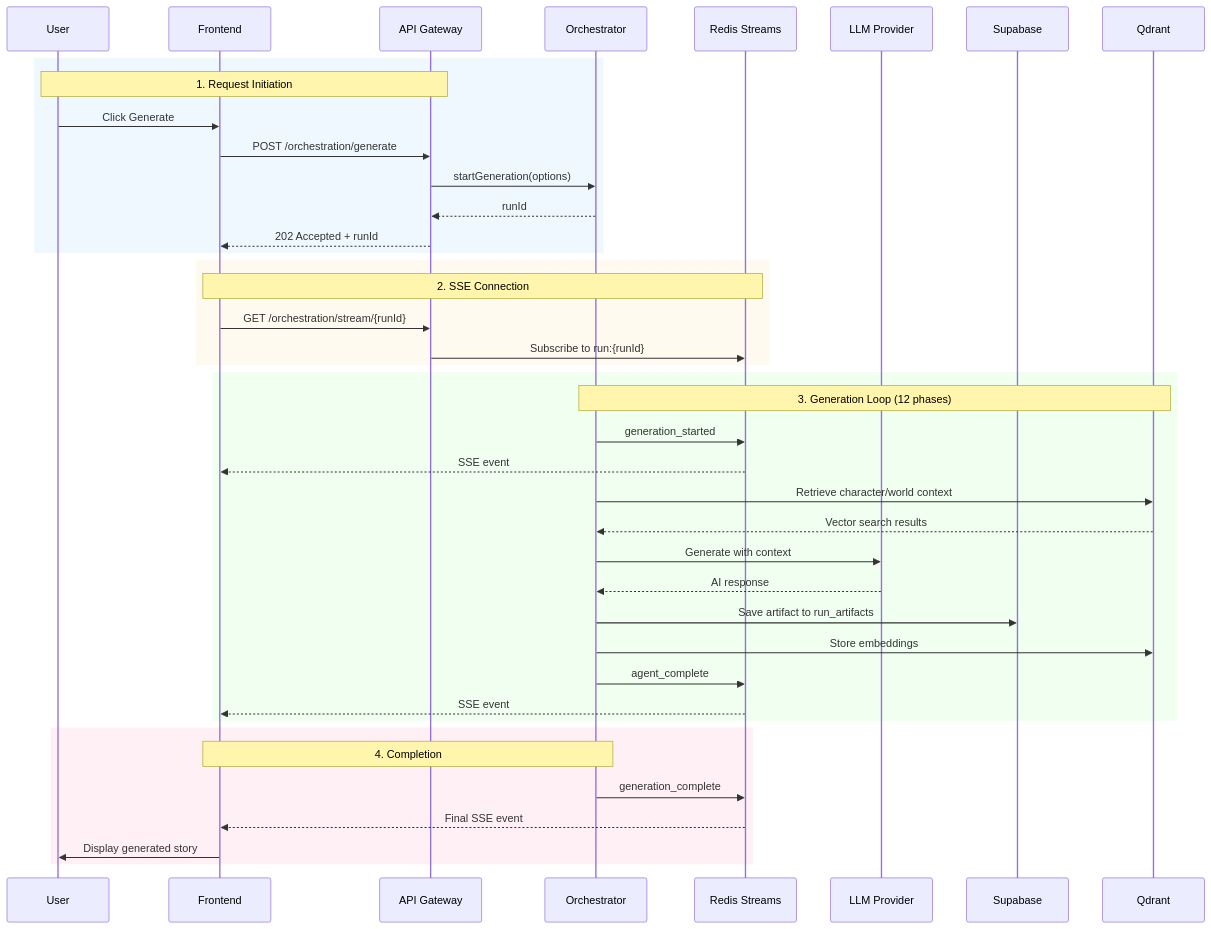
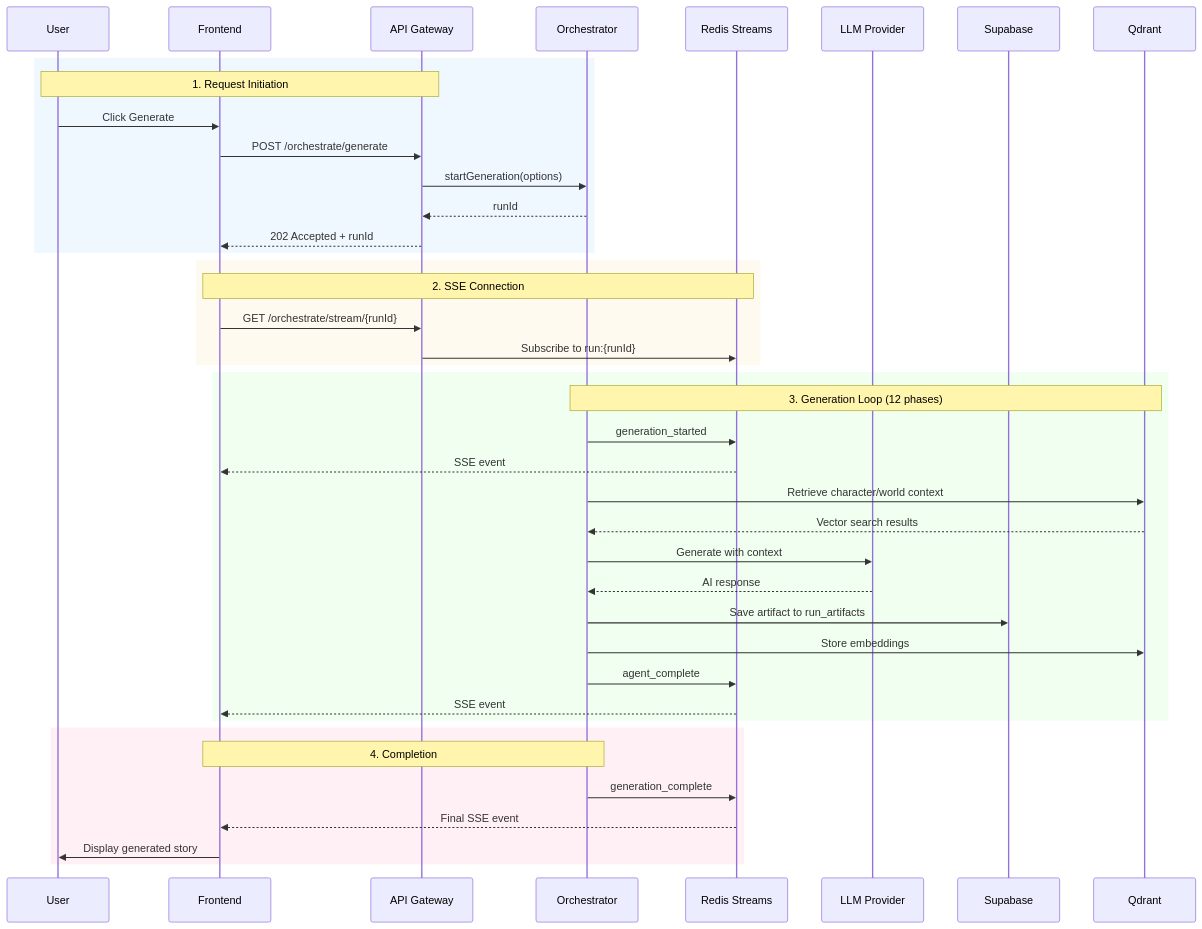
One commit to IShalkin/manoe changed the second of 9 diagrams in README.md. Above: the diagram before and after it, drawn with Mermaid. The commit also changed other lines of this file, not shown here.

Commit message:
docs: fix additional issues from PR review
- Remove outdated 'Orchestrator API' URL from Live Demo section (integrated into api-gateway)
- Fix typos in mermaid diagram: /orchestration -> /orchestrate
- Update Quick Start comment: port 8001 -> 3000 for api-gateway

Addresses Greptile review comments

````diff
--- a/README.md
+++ b/README.md
@@ -84,47 +83,47 @@
 ```mermaid
 sequenceDiagram
     participant U as User
     participant FE as Frontend
     participant GW as API Gateway
     participant O as Orchestrator
     participant R as Redis Streams
     participant L as LLM Provider
     participant S as Supabase
     participant Q as Qdrant
 
     rect rgb(240, 248, 255)
         Note over U,GW: 1. Request Initiation
         U->>FE: Click Generate
-        FE->>GW: POST /orchestration/generate
+        FE->>GW: POST /orchestrate/generate
         GW->>O: startGeneration(options)
         O-->>GW: runId
         GW-->>FE: 202 Accepted + runId
     end
 
     rect rgb(255, 250, 240)
         Note over FE,R: 2. SSE Connection
-        FE->>GW: GET /orchestration/stream/{runId}
+        FE->>GW: GET /orchestrate/stream/{runId}
         GW->>R: Subscribe to run:{runId}
     end
 
     rect rgb(240, 255, 240)
         Note over O,Q: 3. Generation Loop (12 phases)
         O->>R: generation_started
         R-->>FE: SSE event
         O->>Q: Retrieve character/world context
         Q-->>O: Vector search results
         O->>L: Generate with context
         L-->>O: AI response
         O->>S: Save artifact to run_artifacts
         O->>Q: Store embeddings
         O->>R: agent_complete
         R-->>FE: SSE event
     end
 
     rect rgb(255, 240, 245)
         Note over O,FE: 4. Completion
         O->>R: generation_complete
         R-->>FE: Final SSE event
         FE->>U: Display generated story
     end
 ```
````
